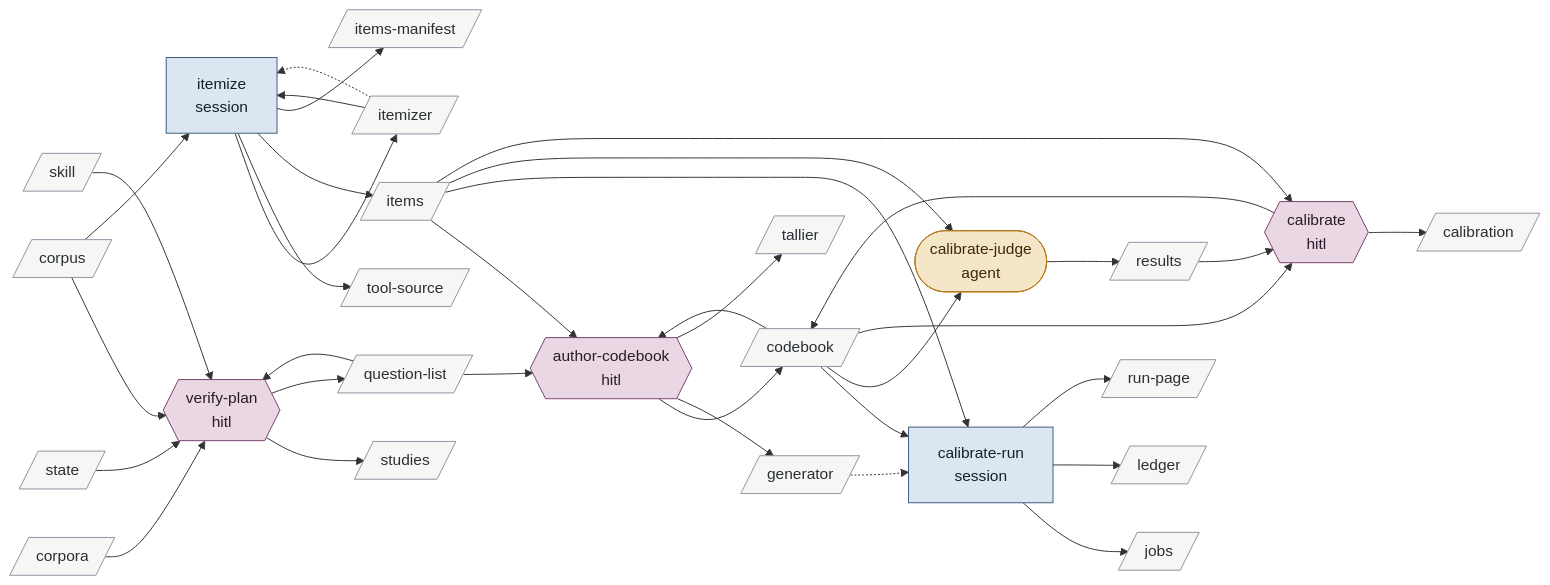
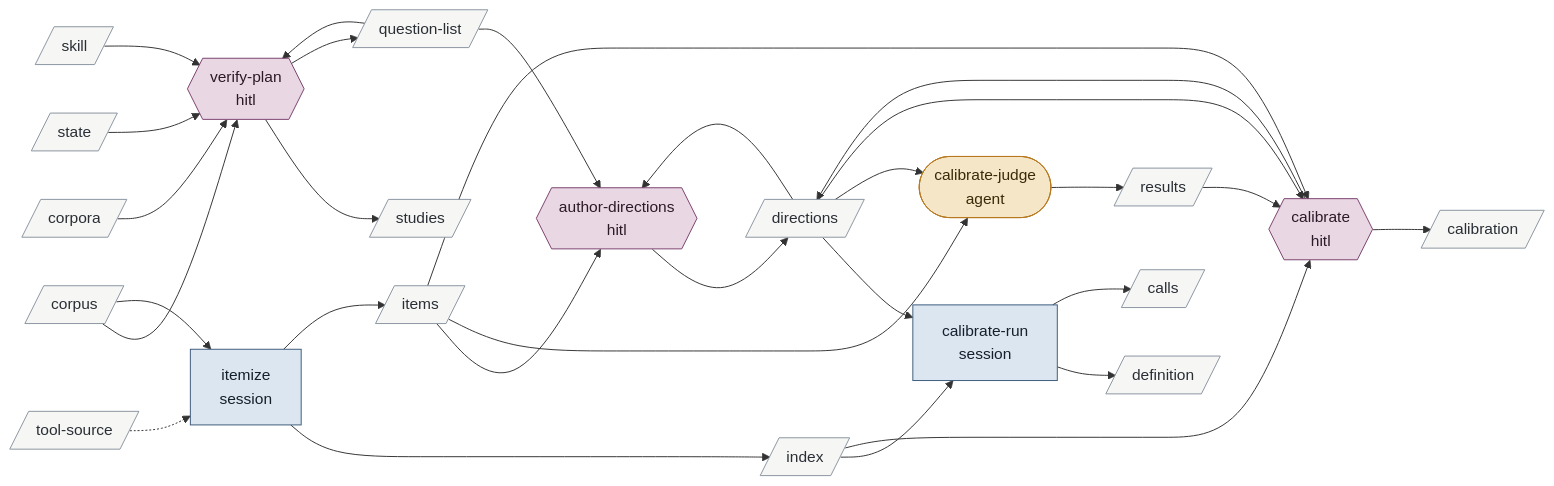
Before and after one commit to bc414/StoryPlanner: the ninth of 15 diagrams in .claude/skills/v3-buildout-2/map.md, drawn with Mermaid. The commit also changed other lines of this file and 29 other files, not shown here.

````diff
--- a/.claude/skills/v3-buildout-2/map.md
+++ b/.claude/skills/v3-buildout-2/map.md
@@ -347,68 +333,58 @@
 ```mermaid
 flowchart LR
   classDef hitl fill:#e9d8e4,stroke:#7a3e6d,color:#2b1a27
   classDef session fill:#dce6f0,stroke:#3b5b7c,color:#14202c
   classDef agent fill:#f5e6c8,stroke:#b7791f,color:#3a2a08
   classDef artifact fill:#f6f6f4,stroke:#8a94a0,color:#2a2f36
   classDef activity fill:#dcebdd,stroke:#4b7f52,color:#122816
   classDef terminus fill:#e4e4ea,stroke:#5b5b7a,color:#1c1c2c
   verifyplan{{"verify-plan<br/>hitl"}}:::hitl
   itemize["itemize<br/>session"]:::session
-  authorcodebook{{"author-codebook<br/>hitl"}}:::hitl
+  authordirections{{"author-directions<br/>hitl"}}:::hitl
   calibraterun["calibrate-run<br/>session"]:::session
   calibratejudge(["calibrate-judge<br/>agent"]):::agent
   calibrate{{"calibrate<br/>hitl"}}:::hitl
   calibration[/"calibration"/]:::artifact
-  codebook[/"codebook"/]:::artifact
+  calls[/"calls"/]:::artifact
   corpora[/"corpora"/]:::artifact
   corpus[/"corpus"/]:::artifact
-  generator[/"generator"/]:::artifact
-  itemizer[/"itemizer"/]:::artifact
+  definition[/"definition"/]:::artifact
+  directions[/"directions"/]:::artifact
+  index[/"index"/]:::artifact
   items[/"items"/]:::artifact
-  itemsmanifest[/"items-manifest"/]:::artifact
-  jobs[/"jobs"/]:::artifact
-  ledger[/"ledger"/]:::artifact
   questionlist[/"question-list"/]:::artifact
   results[/"results"/]:::artifact
-  runpage[/"run-page"/]:::artifact
   skill[/"skill"/]:::artifact
   state[/"state"/]:::artifact
   studies[/"studies"/]:::artifact
-  tallier[/"tallier"/]:::artifact
   toolsource[/"tool-source"/]:::artifact
 
   questionlist --> verifyplan
   corpora --> verifyplan
   corpus --> verifyplan
   state --> verifyplan
   skill --> verifyplan
   verifyplan --> studies
   verifyplan --> questionlist
   corpus --> itemize
-  itemizer --> itemize
-  itemizer -.-> itemize
-  itemize --> itemizer
-  itemize --> toolsource
+  toolsource -.-> itemize
+  itemize --> index
   itemize --> items
-  itemize --> itemsmanifest
-  questionlist --> authorcodebook
-  items --> authorcodebook
-  codebook --> authorcodebook
-  authorcodebook --> codebook
-  authorcodebook --> generator
-  authorcodebook --> tallier
-  codebook --> calibraterun
-  items --> calibraterun
-  generator -.-> calibraterun
-  calibraterun --> jobs
-  calibraterun --> ledger
-  calibraterun --> runpage
-  codebook --> calibratejudge
+  questionlist --> authordirections
+  items --> authordirections
+  directions --> authordirections
+  authordirections --> directions
+  directions --> calibraterun
+  index --> calibraterun
+  calibraterun --> definition
+  calibraterun --> calls
+  directions --> calibratejudge
   items --> calibratejudge
   calibratejudge --> results
+  index --> calibrate
   items --> calibrate
   results --> calibrate
-  codebook --> calibrate
+  directions --> calibrate
   calibrate --> calibration
-  calibrate --> codebook
+  calibrate --> directions
 ```
````
